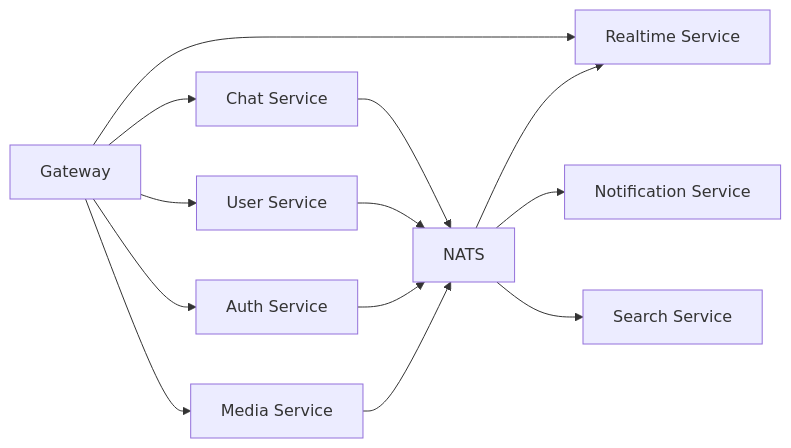
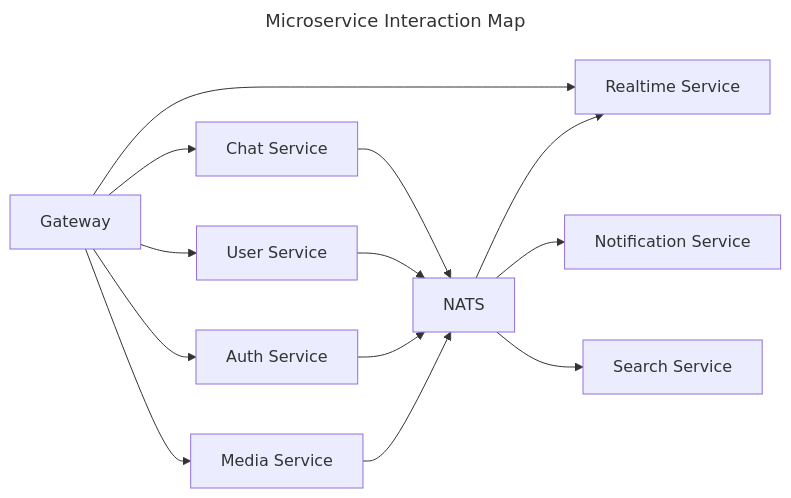
Before and after one commit to devekkx/pree-it: the diagram in docs/diagrams/microservice-interaction-map.mermaid, drawn with Mermaid. The commit also changed 12 other files, not shown here.

```diff
--- a/docs/diagrams/microservice-interaction-map.mermaid
+++ b/docs/diagrams/microservice-interaction-map.mermaid
@@ -1,28 +1,32 @@
+---
+title: "Microservice Interaction Map"
+---
+
 flowchart LR
 
     GATEWAY["Gateway"]
 
     AUTH["Auth Service"]
     USER["User Service"]
     CHAT["Chat Service"]
     RT["Realtime Service"]
     MEDIA["Media Service"]
     NOTIF["Notification Service"]
     SEARCH["Search Service"]
 
     NATS["NATS"]
 
     GATEWAY --> AUTH
     GATEWAY --> USER
     GATEWAY --> CHAT
     GATEWAY --> RT
     GATEWAY --> MEDIA
 
     CHAT --> NATS
     USER --> NATS
     AUTH --> NATS
     MEDIA --> NATS
 
     NATS --> RT
     NATS --> NOTIF
     NATS --> SEARCH
```
